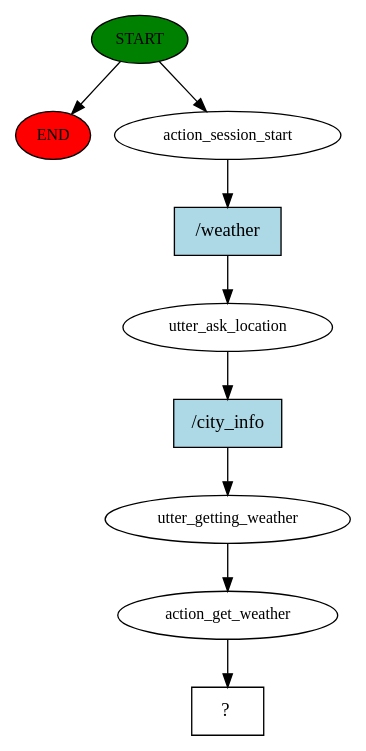
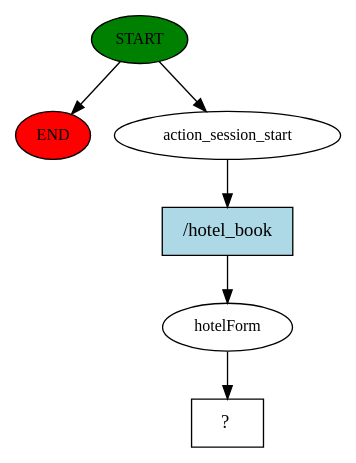
One commit to joegaspari/Team24-COSC310 changed the diagram in TravelBOT/story_graph.dot. Above: the diagram before and after it, drawn with Graphviz. The commit also changed 12 other files, not shown here.

```diff
--- a/TravelBOT/story_graph.dot
+++ b/TravelBOT/story_graph.dot
@@ -1,19 +1,13 @@
 digraph  {
 0 [class="start active", fillcolor=green, fontsize=12, label=START, style=filled];
 "-1" [class=end, fillcolor=red, fontsize=12, label=END, style=filled];
 1 [class=active, fontsize=12, label=action_session_start];
-2 [class=active, fontsize=12, label=utter_ask_location];
-3 [class=active, fontsize=12, label=utter_getting_weather];
-4 [class=active, fontsize=12, label=action_get_weather];
-5 [class="intent dashed active", label="  ?  ", shape=rect];
-6 [class="intent active", fillcolor=lightblue, label="/weather", shape=rect, style=filled];
-7 [class="intent active", fillcolor=lightblue, label="/city_info", shape=rect, style=filled];
+2 [class=active, fontsize=12, label=hotelForm];
+3 [class="intent dashed active", label="  ?  ", shape=rect];
+4 [class="intent active", fillcolor=lightblue, label="/hotel_book", shape=rect, style=filled];
 0 -> "-1"  [class="", key=NONE, label=""];
 0 -> 1  [class=active, key=NONE, label=""];
-1 -> 6  [class=active, key=0];
-2 -> 7  [class=active, key=0];
-3 -> 4  [class=active, key=NONE, label=""];
-4 -> 5  [class=active, key=NONE, label=""];
-6 -> 2  [class=active, key=0];
-7 -> 3  [class=active, key=0];
+1 -> 4  [class=active, key=0];
+2 -> 3  [class=active, key=NONE, label=""];
+4 -> 2  [class=active, key=0];
 }
```
